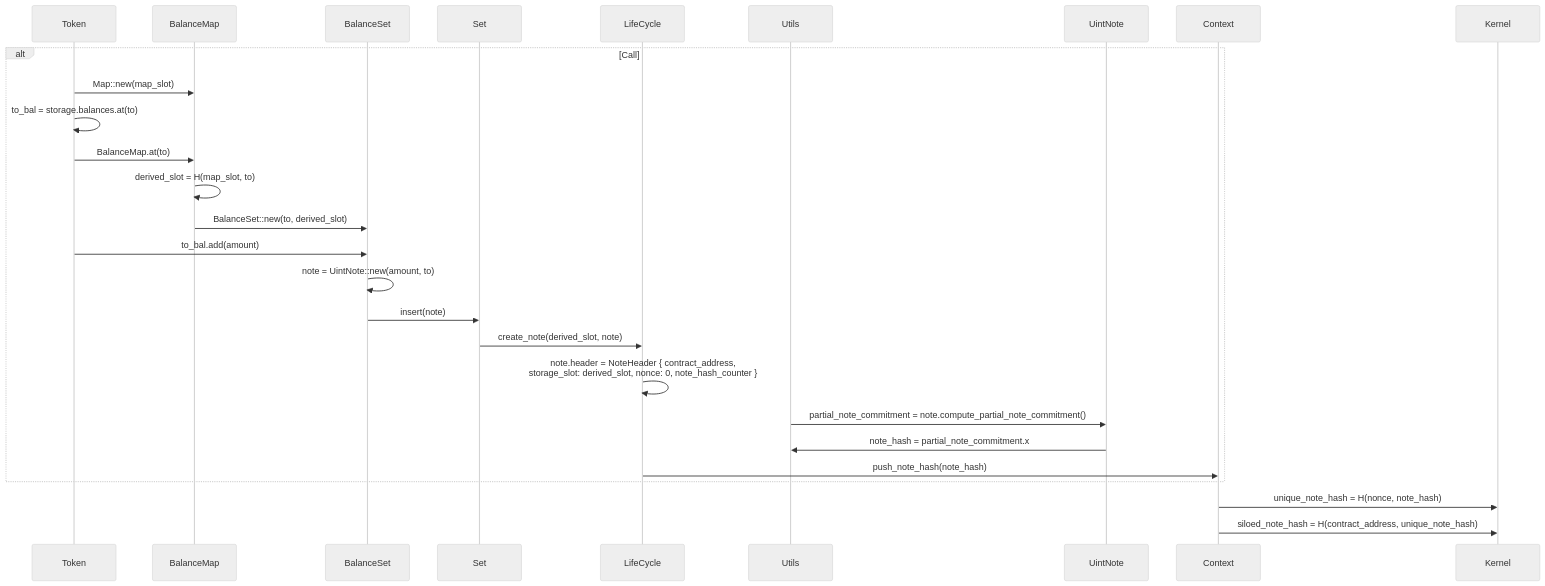
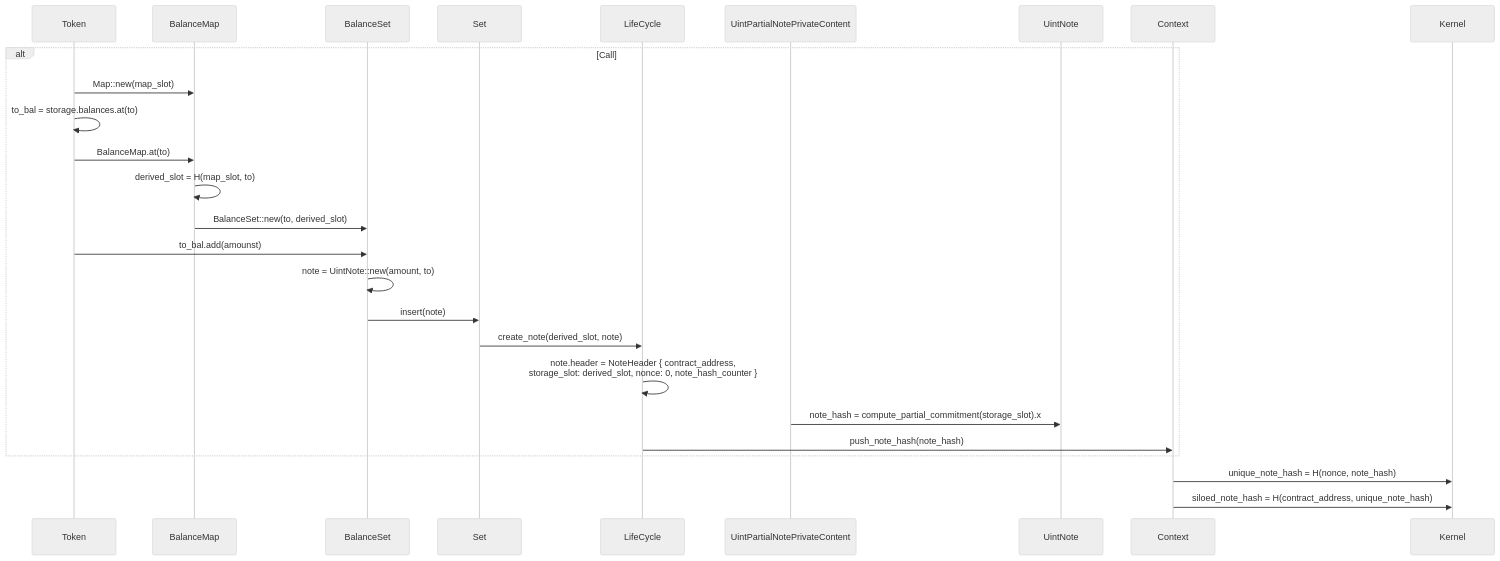
One commit to AztecProtocol/aztec-packages changed the diagram in docs/versioned_docs/version-alpha-testnet/developers/guides/smart_contracts/writing_contracts/storage/storage_slots.md. Above: the diagram before and after it, drawn with Mermaid (neutral theme). The commit also changed 9 other files, not shown here.

````diff
--- a/docs/versioned_docs/version-alpha-testnet/developers/guides/smart_contracts/writing_contracts/storage/storage_slots.md
+++ b/docs/versioned_docs/version-alpha-testnet/developers/guides/smart_contracts/writing_contracts/storage/storage_slots.md
@@ -29,20 +29,19 @@
 ```mermaid
 sequenceDiagram
     alt Call
     Token->>BalanceMap: Map::new(map_slot);
     Token->>Token: to_bal = storage.balances.at(to)
     Token->>BalanceMap: BalanceMap.at(to)
     BalanceMap->>BalanceMap: derived_slot = H(map_slot, to)
     BalanceMap->>BalanceSet: BalanceSet::new(to, derived_slot)
-    Token->>BalanceSet: to_bal.add(amount)
+    Token->>BalanceSet: to_bal.add(amounst)
     BalanceSet->>BalanceSet: note = UintNote::new(amount, to)
     BalanceSet->>Set: insert(note)
     Set->>LifeCycle: create_note(derived_slot, note)
     LifeCycle->>LifeCycle: note.header = NoteHeader { contract_address, <br> storage_slot: derived_slot, nonce: 0, note_hash_counter }
-    Utils->>UintNote: partial_note_commitment = note.compute_partial_note_commitment()
-    UintNote->>Utils: note_hash = partial_note_commitment.x
+    UintPartialNotePrivateContent->>UintNote: note_hash = compute_partial_commitment(storage_slot).x
     LifeCycle->>Context: push_note_hash(note_hash)
     end
     Context->>Kernel: unique_note_hash = H(nonce, note_hash)
     Context->>Kernel: siloed_note_hash = H(contract_address, unique_note_hash)
 ```
````
